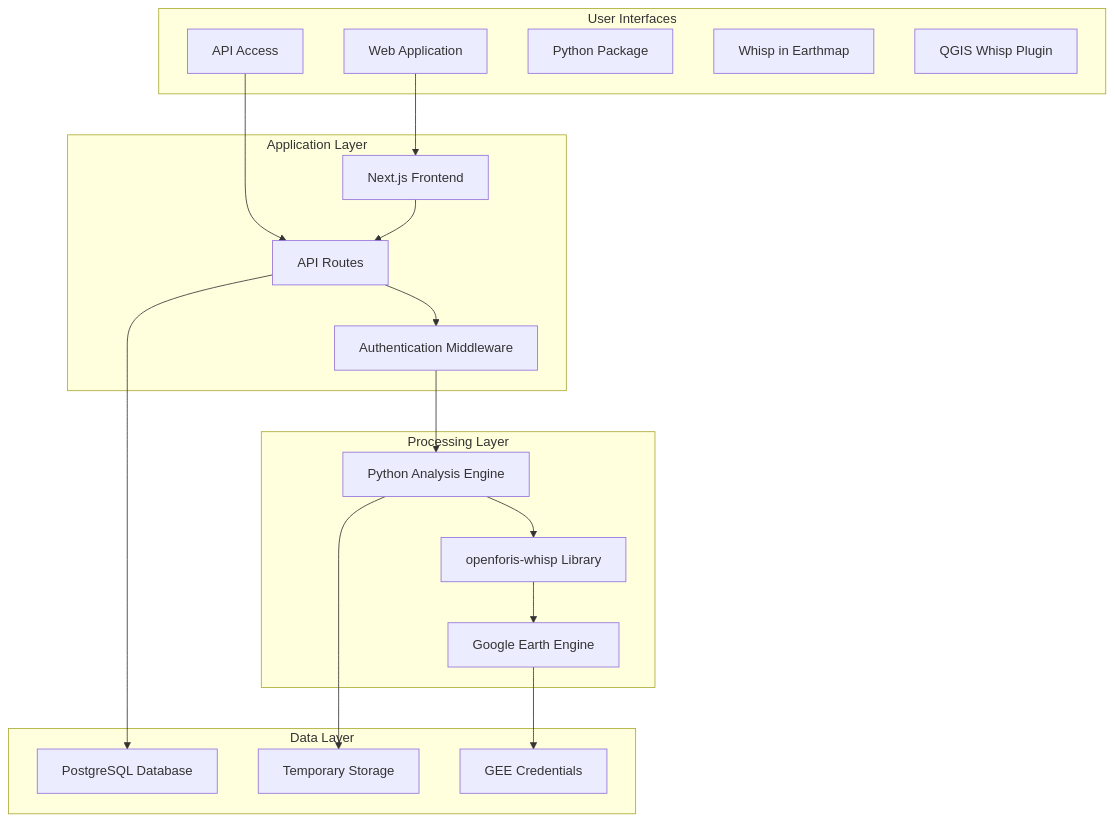
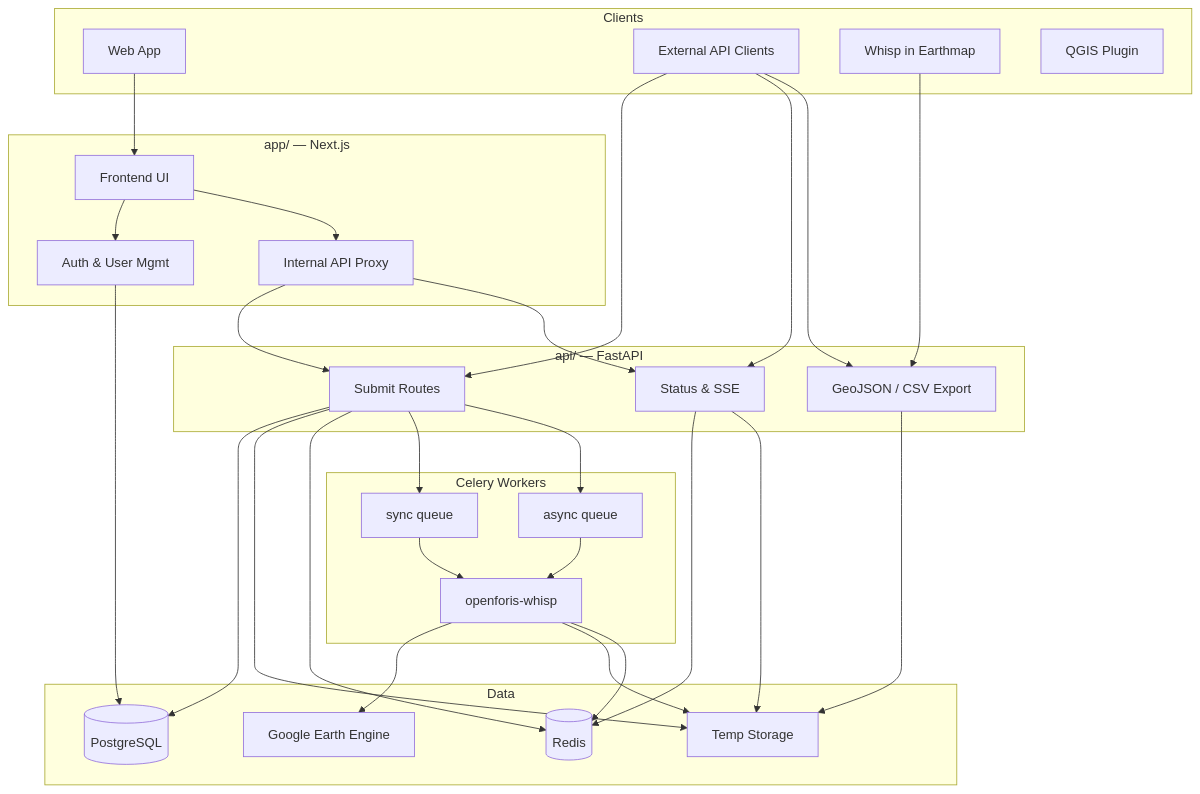
Before and after one commit to forestdatapartnership/whisp-app: the first of 2 diagrams in README.md, drawn with Mermaid. The commit also changed other lines of this file, not shown here.

````diff
--- a/README.md
+++ b/README.md
@@ -23,39 +33,59 @@
 ```mermaid
 graph TB
-    subgraph "User Interfaces"
-        A[Web Application]
-        B[API Access]
-        C[Python Package]
-        D[Whisp in Earthmap]
-        N[QGIS Whisp Plugin]
+    subgraph Clients
+        UI[Web App]
+        EXT[External API Clients]
+        MAP[Whisp in Earthmap]
+        QGIS[QGIS Plugin]
     end
-    
-    subgraph "Application Layer"
-        E[Next.js Frontend]
-        F[API Routes]
-        G[Authentication Middleware]
+
+    subgraph App["app/ — Next.js"]
+        FE[Frontend UI]
+        AUTH[Auth & User Mgmt]
+        PROXY[Internal API Proxy]
     end
-    
-    subgraph "Processing Layer"
-        H[Python Analysis Engine]
-        I[openforis-whisp Library]
-        J[Google Earth Engine]
+
+    subgraph API["api/ — FastAPI"]
+        SUBMIT[Submit Routes]
+        STATUS[Status & SSE]
+        EXPORT[GeoJSON / CSV Export]
     end
-    
-    subgraph "Data Layer"
-        K[PostgreSQL Database]
-        L[Temporary Storage]
-        M[GEE Credentials]
+
+    subgraph Workers["Celery Workers"]
+        SYNC[sync queue]
+        ASYNC[async queue]
+        WHISP[openforis-whisp]
     end
-    
-    A --> E
-    B --> F
-    E --> F
-    F --> G
-    G --> H
-    H --> I
-    I --> J
-    F --> K
-    H --> L
-    J --> M
+
+    subgraph Data
+        PG[(PostgreSQL)]
+        REDIS[(Redis)]
+        TEMP[Temp Storage]
+        GEE[Google Earth Engine]
+    end
+
+    UI --> FE
+    FE --> AUTH
+    FE --> PROXY
+    PROXY --> SUBMIT
+    PROXY --> STATUS
+    EXT --> SUBMIT
+    EXT --> STATUS
+    EXT --> EXPORT
+    MAP --> EXPORT
+
+    SUBMIT --> PG
+    SUBMIT --> TEMP
+    SUBMIT --> REDIS
+    SUBMIT --> SYNC
+    SUBMIT --> ASYNC
+    SYNC --> WHISP
+    ASYNC --> WHISP
+    WHISP --> GEE
+    WHISP --> TEMP
+    WHISP --> REDIS
+    STATUS --> REDIS
+    STATUS --> TEMP
+    EXPORT --> TEMP
+    AUTH --> PG
 ```
````
